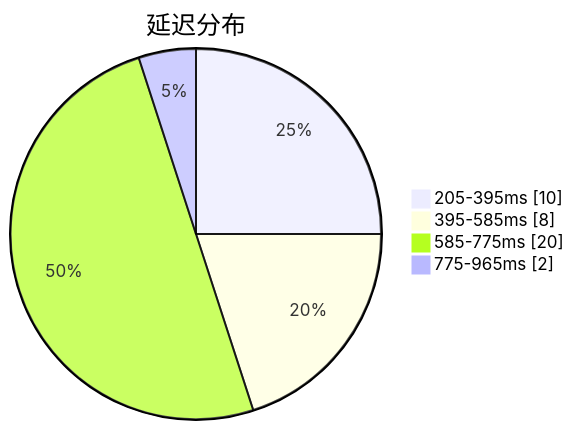
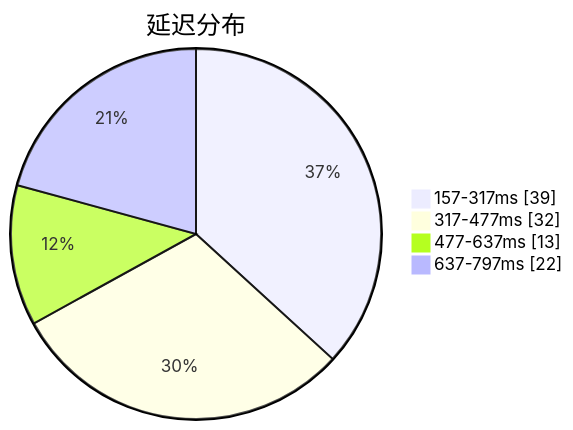
One commit to qjlxg/airport changed the first of 3 diagrams in subs/statistics/tested_within.md. Above: the diagram before and after it, drawn with Mermaid. The commit also changed other lines of this file and 2 other files, not shown here.

````diff
--- a/subs/statistics/tested_within.md
+++ b/subs/statistics/tested_within.md
@@ -2,8 +2,8 @@
 ```mermaid
 pie showData
 title 延迟分布
-"205-395ms" : 10
-"395-585ms" : 8
-"585-775ms" : 20
-"775-965ms" : 2
+"157-317ms" : 39
+"317-477ms" : 32
+"477-637ms" : 13
+"637-797ms" : 22
 ```
````
